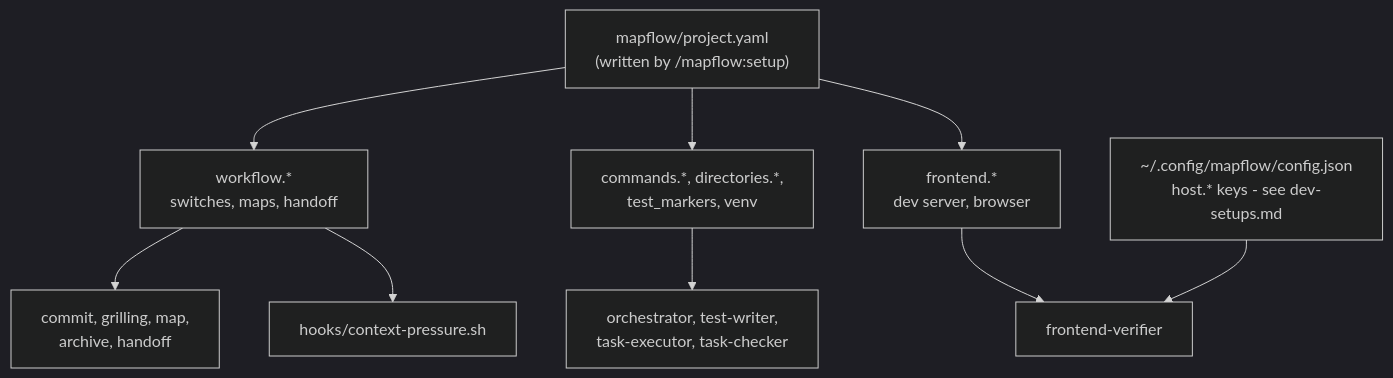
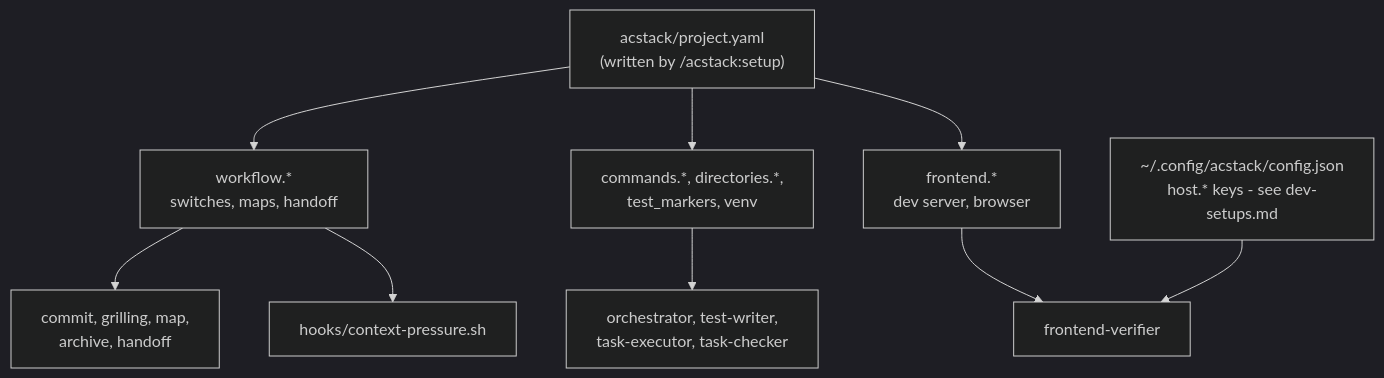
One commit to ac8318740/acstack changed the diagram in docs/config-reference.md. Above: the diagram before and after it, drawn with Mermaid (dark theme). The commit also changed other lines of this file and 181 other files, not shown here.

````diff
--- a/docs/config-reference.md
+++ b/docs/config-reference.md
@@ -19,11 +19,11 @@
 ```mermaid
 flowchart TD
-    FILE["mapflow/project.yaml<br/>(written by /mapflow:setup)"] --> WF["workflow.*<br/>switches, maps, handoff"]
+    FILE["acstack/project.yaml<br/>(written by /acstack:setup)"] --> WF["workflow.*<br/>switches, maps, handoff"]
     FILE --> RUN["commands.*, directories.*,<br/>test_markers, venv"]
     FILE --> FE["frontend.*<br/>dev server, browser"]
     WF --> SKILLS["commit, grilling, map,<br/>archive, handoff"]
     WF --> HOOK["hooks/context-pressure.sh"]
     RUN --> AGENTS["orchestrator, test-writer,<br/>task-executor, task-checker"]
     FE --> FV["frontend-verifier"]
-    HOST["~/.config/mapflow/config.json<br/>host.* keys - see dev-setups.md"] --> FV
+    HOST["~/.config/acstack/config.json<br/>host.* keys - see dev-setups.md"] --> FV
 ```
````
